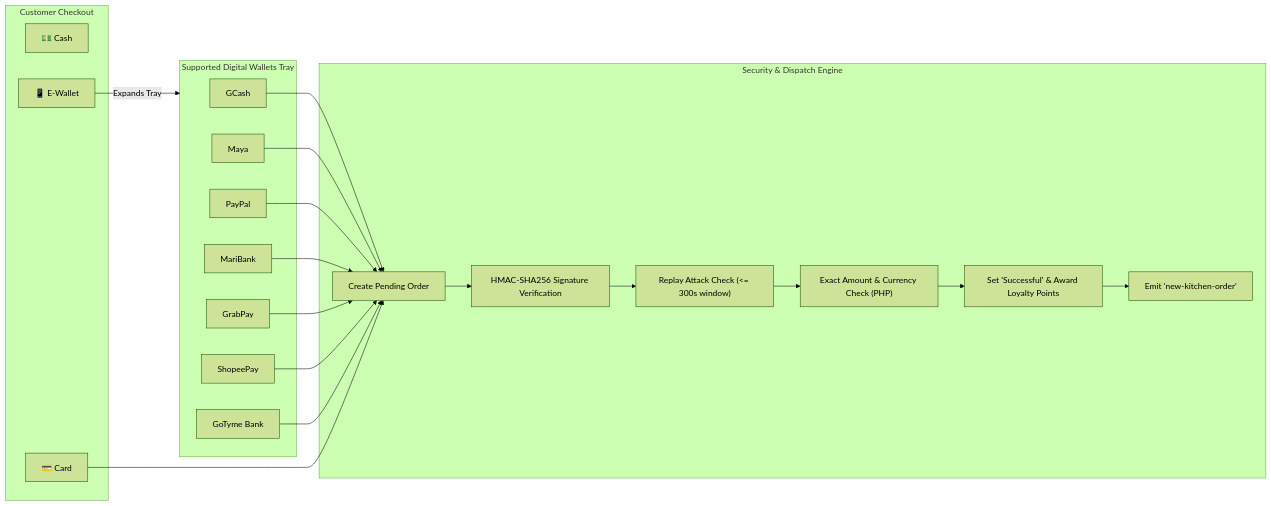
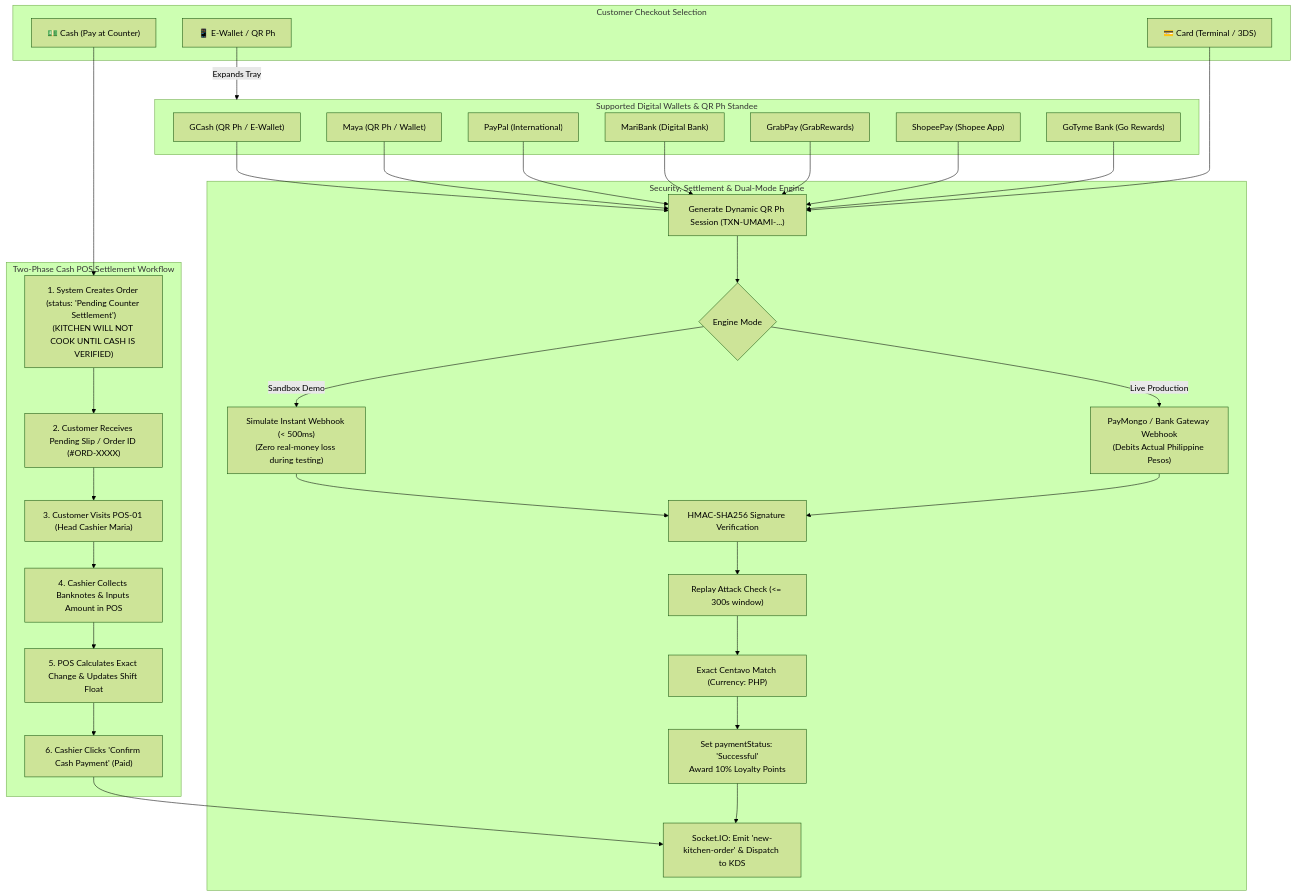
Before and after one commit to xeancoral-bit/UMAMI-CRAFT-FUSION: the third of 6 diagrams in README.md, drawn with Mermaid (forest theme). The commit also changed other lines of this file and 1 other file, not shown here.

````diff
--- a/README.md
+++ b/README.md
@@ -205,43 +307,61 @@
 ```mermaid
-flowchart LR
-    subgraph Payment_Selection [Customer Checkout]
-        CashBtn["💵 Cash"]
-        CardBtn["💳 Card"]
-        EWalletBtn["📱 E-Wallet"]
+flowchart TD
+    subgraph Payment_Selection [Customer Checkout Selection]
+        CashBtn["💵 Cash (Pay at Counter)"]
+        CardBtn["💳 Card (Terminal / 3DS)"]
+        EWalletBtn["📱 E-Wallet / QR Ph"]
     end
 
-    subgraph EWallet_Tray [Supported Digital Wallets Tray]
-        GCash["GCash"]
-        Maya["Maya"]
-        PayPal["PayPal"]
-        MariBank["MariBank"]
-        GrabPay["GrabPay"]
-        ShopeePay["ShopeePay"]
-        GoTyme["GoTyme Bank"]
+    subgraph Two_Phase_Cash [Two-Phase Cash POS Settlement Workflow]
+        CreatePendingOrder["1. System Creates Order (status: 'Pending Counter Settlement')<br/>(KITCHEN WILL NOT COOK UNTIL CASH IS VERIFIED)"]
+        CustomerSlip["2. Customer Receives Pending Slip / Order ID (#ORD-XXXX)"]
+        FrontCounterPOS["3. Customer Visits POS-01 (Head Cashier Maria)"]
+        CashierReceivesCash["4. Cashier Collects Banknotes & Inputs Amount in POS"]
+        POSChangeCalc["5. POS Calculates Exact Change & Updates Shift Float"]
+        CashierConfirmPaid["6. Cashier Clicks 'Confirm Cash Payment' (Paid)"]
     end
 
-    subgraph Verification_Engine [Security & Dispatch Engine]
-        OrderPending["Create Pending Order"]
+    subgraph EWallet_Tray [Supported Digital Wallets & QR Ph Standee]
+        GCash["GCash (QR Ph / E-Wallet)"]
+        Maya["Maya (QR Ph / Wallet)"]
+        PayPal["PayPal (International)"]
+        MariBank["MariBank (Digital Bank)"]
+        GrabPay["GrabPay (GrabRewards)"]
+        ShopeePay["ShopeePay (Shopee App)"]
+        GoTyme["GoTyme Bank (Go Rewards)"]
+    end
+
+    subgraph Verification_Engine [Security, Settlement & Dual-Mode Engine]
+        OrderPendingDigital["Generate Dynamic QR Ph Session (TXN-UMAMI-...)"]
+        ModeCheck{"Engine Mode"}
+        ModeCheck -->|Sandbox Demo| SimulateWebhook["Simulate Instant Webhook (< 500ms)<br/>(Zero real-money loss during testing)"]
+        ModeCheck -->|Live Production| RealBankWebhook["PayMongo / Bank Gateway Webhook<br/>(Debits Actual Philippine Pesos)"]
         HMACCheck["HMAC-SHA256 Signature Verification"]
         TimestampCheck["Replay Attack Check (<= 300s window)"]
-        AmountCheck["Exact Amount & Currency Check (PHP)"]
-        ApproveOrder["Set 'Successful' & Award Loyalty Points"]
-        KitchenDispatch["Emit 'new-kitchen-order'"]
+        AmountCheck["Exact Centavo Match (Currency: PHP)"]
+        ApproveOrder["Set paymentStatus: 'Successful'<br/>Award 10% Loyalty Points"]
+        KitchenDispatch["Socket.IO: Emit 'new-kitchen-order' & Dispatch to KDS"]
     end
 
+    CashBtn --> CreatePendingOrder
+    CreatePendingOrder --> CustomerSlip --> FrontCounterPOS --> CashierReceivesCash --> POSChangeCalc --> CashierConfirmPaid
+    CashierConfirmPaid --> KitchenDispatch
+
     EWalletBtn -->|Expands Tray| EWallet_Tray
-    GCash --> OrderPending
-    Maya --> OrderPending
-    PayPal --> OrderPending
-    MariBank --> OrderPending
-    GrabPay --> OrderPending
-    ShopeePay --> OrderPending
-    GoTyme --> OrderPending
-    CardBtn --> OrderPending
+    GCash --> OrderPendingDigital
+    Maya --> OrderPendingDigital
+    PayPal --> OrderPendingDigital
+    MariBank --> OrderPendingDigital
+    GrabPay --> OrderPendingDigital
+    ShopeePay --> OrderPendingDigital
+    GoTyme --> OrderPendingDigital
+    CardBtn --> OrderPendingDigital
 
-    OrderPending --> HMACCheck
+    OrderPendingDigital --> ModeCheck
+    SimulateWebhook --> HMACCheck
+    RealBankWebhook --> HMACCheck
     HMACCheck --> TimestampCheck
     TimestampCheck --> AmountCheck
     AmountCheck --> ApproveOrder
     ApproveOrder --> KitchenDispatch
 ```
````
